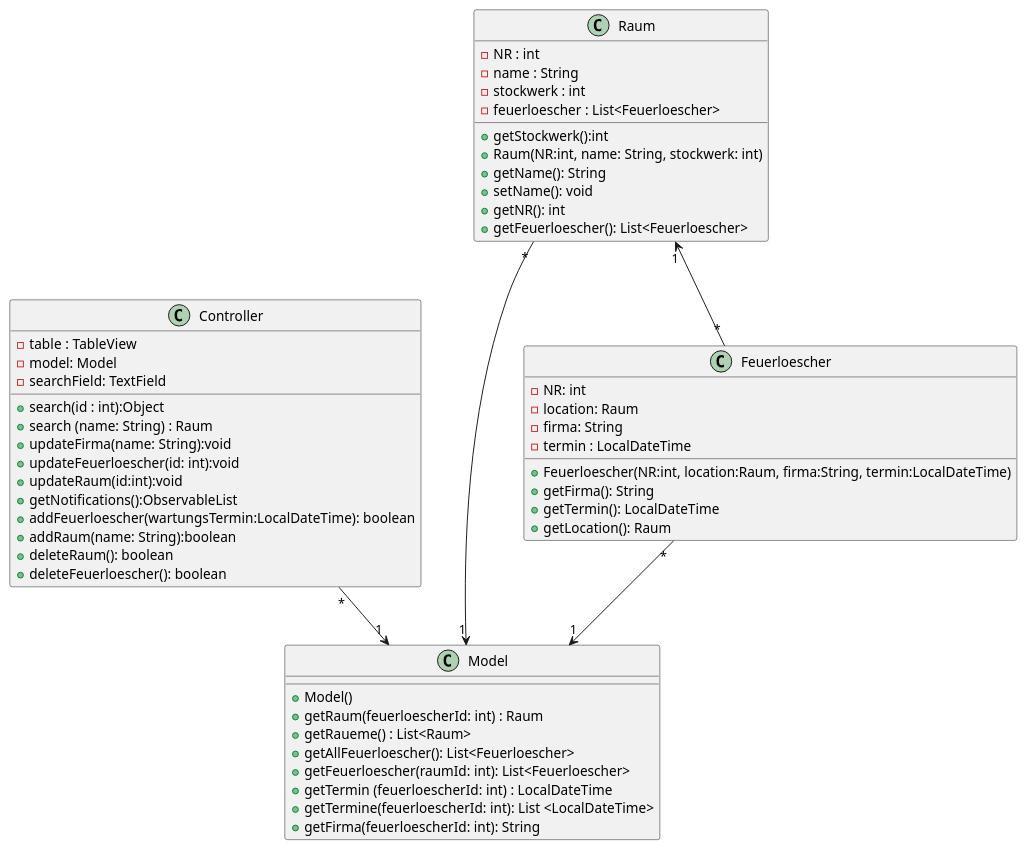
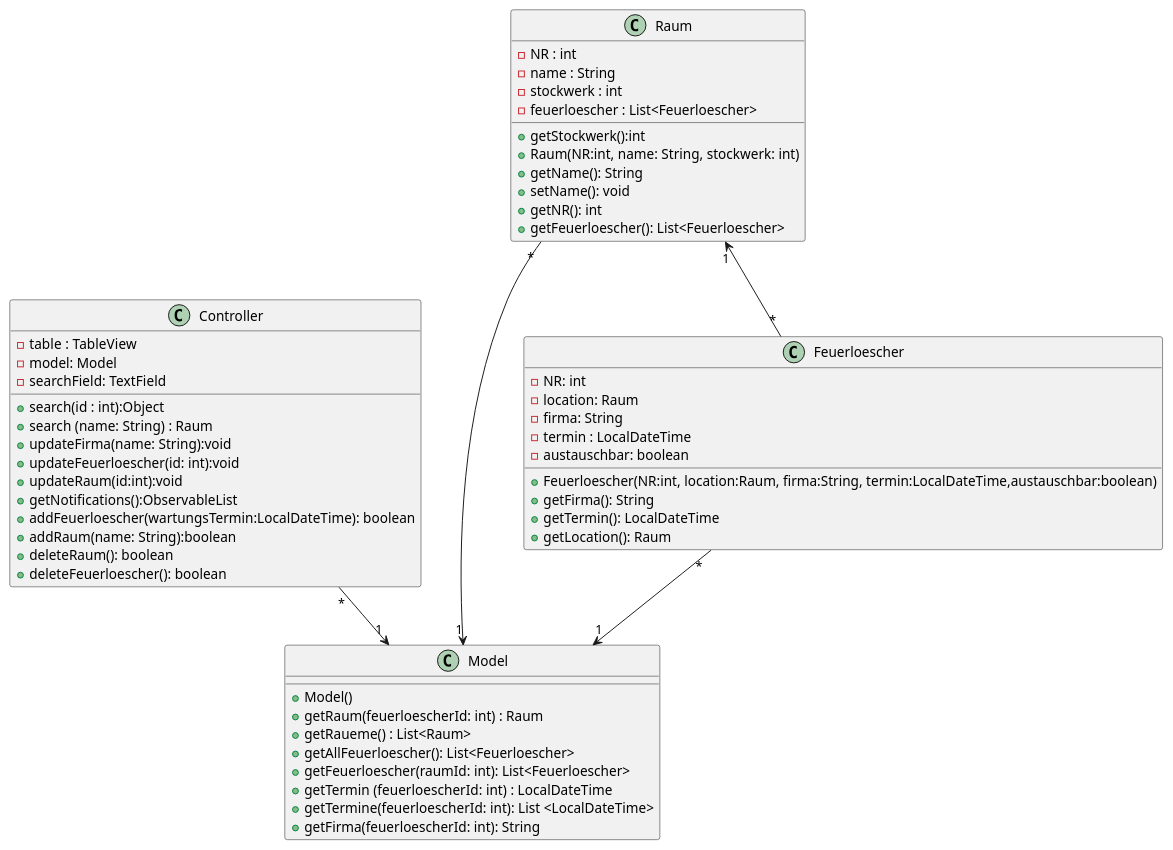
Before and after one commit to 2122-3bhitm-itp/02-project-diagramm-generator: the diagram in asciidocs/plantuml/code-cld.puml, drawn with PlantUML. The commit also changed 1 other file, not shown here.

```diff
--- a/asciidocs/plantuml/code-cld.puml
+++ b/asciidocs/plantuml/code-cld.puml
@@ -1,74 +1,75 @@
 @startuml
 'https://plantuml.com/class-diagram
 
 
 
  class Controller  {
     - table : TableView
     - model: Model
     - searchField: TextField
 
     + search(id : int):Object
     + search (name: String) : Raum
     + updateFirma(name: String):void
     + updateFeuerloescher(id: int):void
     + updateRaum(id:int):void
     + getNotifications():ObservableList
     + addFeuerloescher(wartungsTermin:LocalDateTime): boolean
     + addRaum(name: String):boolean
     + deleteRaum(): boolean
     + deleteFeuerloescher(): boolean
 
 
 
  }
 
  class Model {
 
 
   + Model()
   + getRaum(feuerloescherId: int) : Raum
   + getRaueme() : List<Raum>
   + getAllFeuerloescher(): List<Feuerloescher>
   + getFeuerloescher(raumId: int): List<Feuerloescher>
   + getTermin (feuerloescherId: int) : LocalDateTime
   + getTermine(feuerloescherId: int): List <LocalDateTime>
   + getFirma(feuerloescherId: int): String
 
 
  }
 
  class Raum {
    - NR : int
    - name : String
    - stockwerk : int
    - feuerloescher : List<Feuerloescher>
 
    + getStockwerk():int
    + Raum(NR:int, name: String, stockwerk: int)
    + getName(): String
    + setName(): void
    + getNR(): int
    + getFeuerloescher(): List<Feuerloescher>
  }
 
 class Feuerloescher {
 
    - NR: int
    - location: Raum
    - firma: String
    - termin : LocalDateTime
+   - austauschbar: boolean
 
-   + Feuerloescher(NR:int, location:Raum, firma:String, termin:LocalDateTime)
+   + Feuerloescher(NR:int, location:Raum, firma:String, termin:LocalDateTime,austauschbar:boolean)
    + getFirma(): String
    + getTermin(): LocalDateTime
    + getLocation(): Raum
 }
 
 
  Controller "*" --> "1" Model
  Raum "*" --> "1" Model
  Raum "1" <-- "*" Feuerloescher
  Feuerloescher "*" --> "1" Model
 
 @enduml
```
